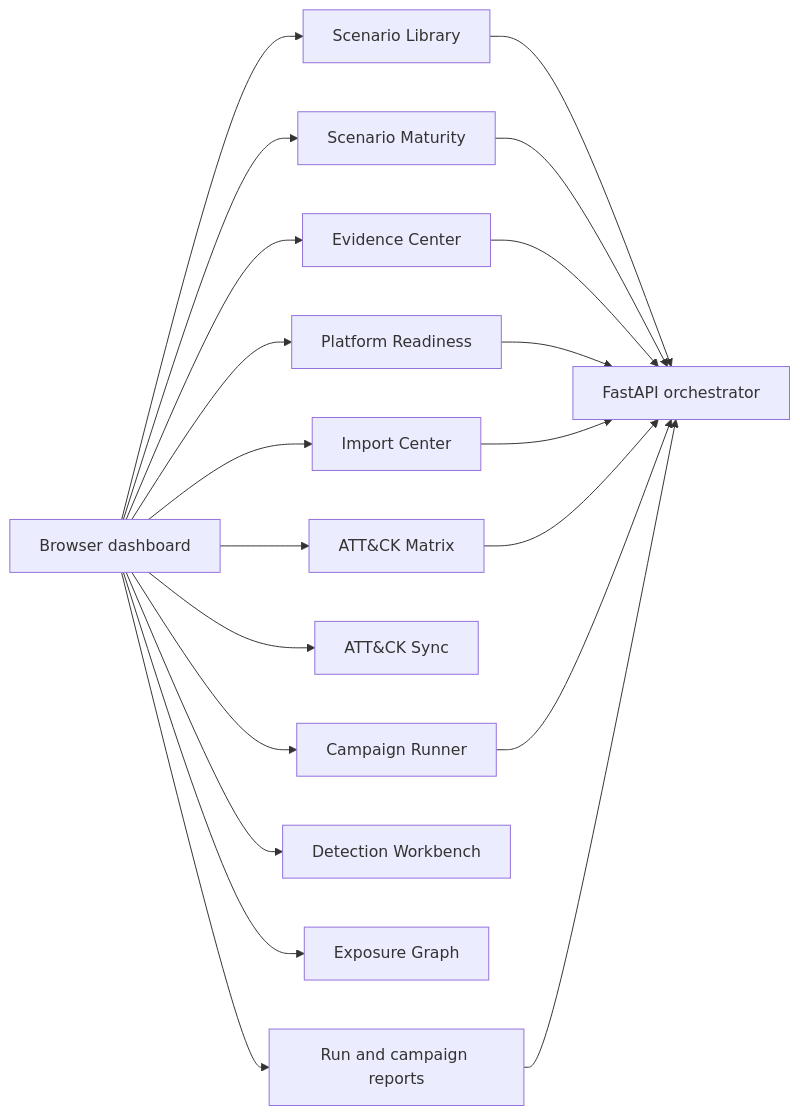
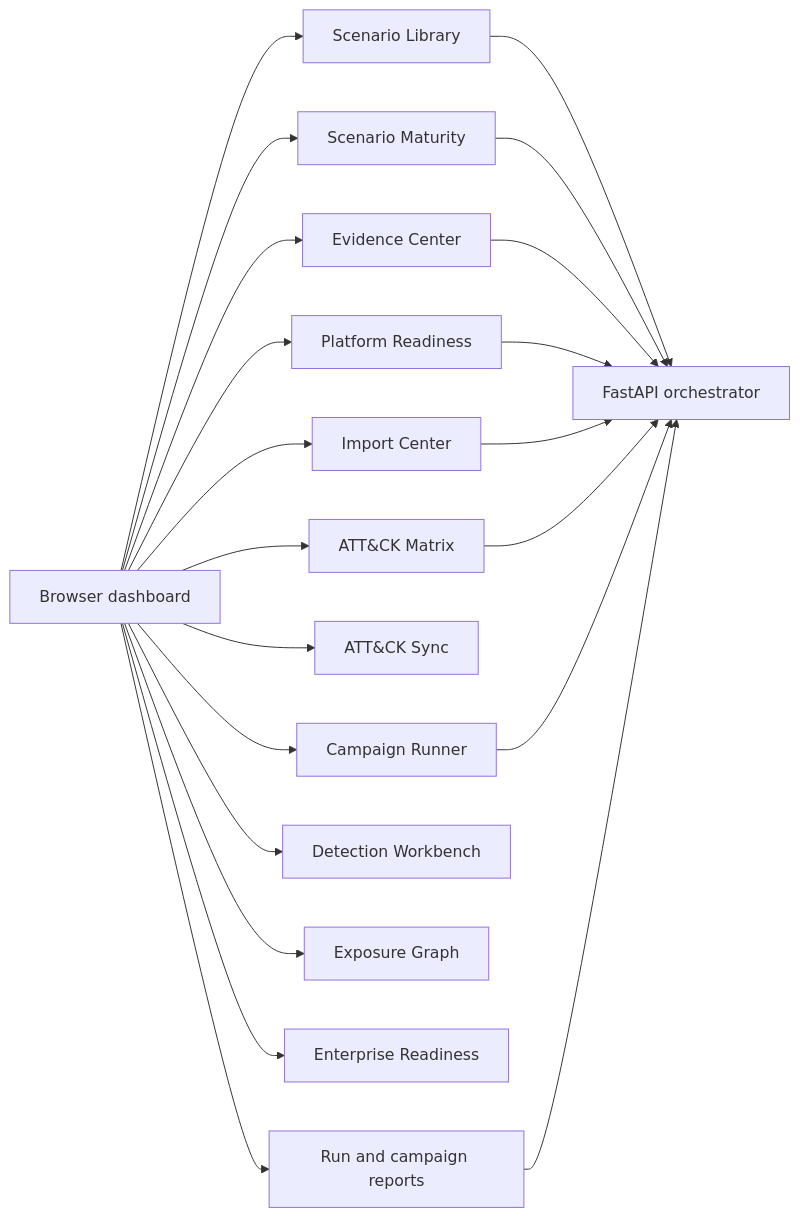
One commit to omarbabba779xx/APT-Simulator changed the first of 5 diagrams in README.md. Above: the diagram before and after it, drawn with Mermaid. The commit also changed other lines of this file and 24 other files, not shown here.

First line of the commit message:
Make enterprise readiness verifiable

````diff
--- a/README.md
+++ b/README.md
@@ -25,22 +26,23 @@
 ```mermaid
 flowchart LR
     Dashboard["Browser dashboard"] --> Library["Scenario Library"]
     Dashboard --> Maturity["Scenario Maturity"]
     Dashboard --> Evidence["Evidence Center"]
     Dashboard --> Platform["Platform Readiness"]
     Dashboard --> Imports["Import Center"]
     Dashboard --> Matrix["ATT&CK Matrix"]
     Dashboard --> Sync["ATT&CK Sync"]
     Dashboard --> Campaigns["Campaign Runner"]
     Dashboard --> Workbench["Detection Workbench"]
     Dashboard --> Exposure["Exposure Graph"]
+    Dashboard --> Enterprise["Enterprise Readiness"]
     Dashboard --> Reports["Run and campaign reports"]
     Library --> API["FastAPI orchestrator"]
     Maturity --> API
     Evidence --> API
     Platform --> API
     Imports --> API
     Matrix --> API
     Campaigns --> API
     Reports --> API
 ```
````
